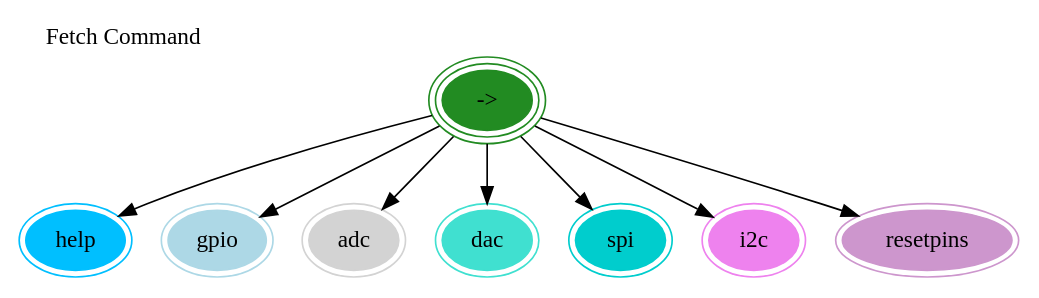
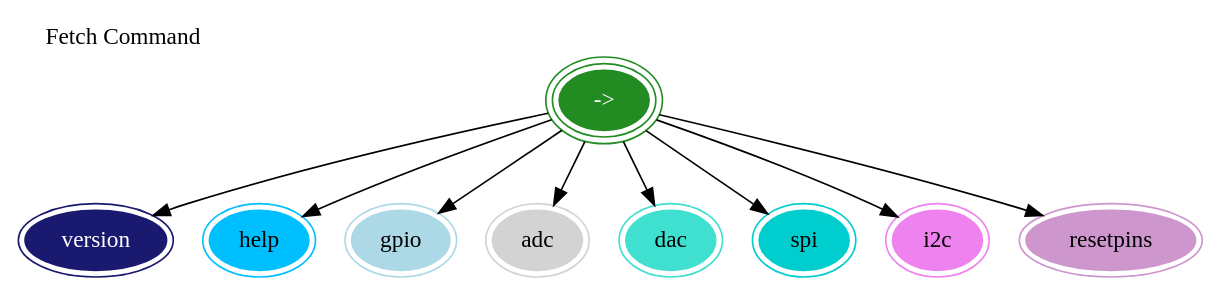
Before and after one commit to marionette-daq/marionette-firmware: the diagram in Doc/fetch_cmd.dot, drawn with Graphviz. The commit also changed 1 other file, not shown here.

Commit message:
Update with version command in Doc.

```diff
--- a/Doc/fetch_cmd.dot
+++ b/Doc/fetch_cmd.dot
@@ -1,22 +1,24 @@
 digraph Fetch {
   graph [fontname="lucidasans-bold-14"];
   node [fontname="lucidasans-bold-14"];
+  "->" -> version;
   "->" -> help;
   "->" -> gpio;
   "->" -> adc;
   "->" -> dac;
   "->" -> spi;
   "->" -> i2c;
   "->" -> resetpins;
-  "->" [color=forestgreen, peripheries=3, style=filled];
+  "->" [color=forestgreen, fontcolor=white, peripheries=3, style=filled];
+  version [color=midnightblue, fontcolor=white, peripheries=2, style=filled];
+  help [color=deepskyblue, peripheries=2, style=filled];
   resetpins [color=plum3, peripheries=2, style=filled];
-  help [color=deepskyblue, peripheries=2, style=filled];
   gpio [color=lightblue, peripheries=2, style=filled];
   adc [color=lightgrey, peripheries=2, style=filled];
   dac [color=turquoise, peripheries=2, style=filled];
   spi [color=cyan3, peripheries=2, style=filled];
   i2c [color=violet, peripheries=2, style=filled];
   label="Fetch Command";
   labelloc=top;
   labeljust=left;
 }
```
